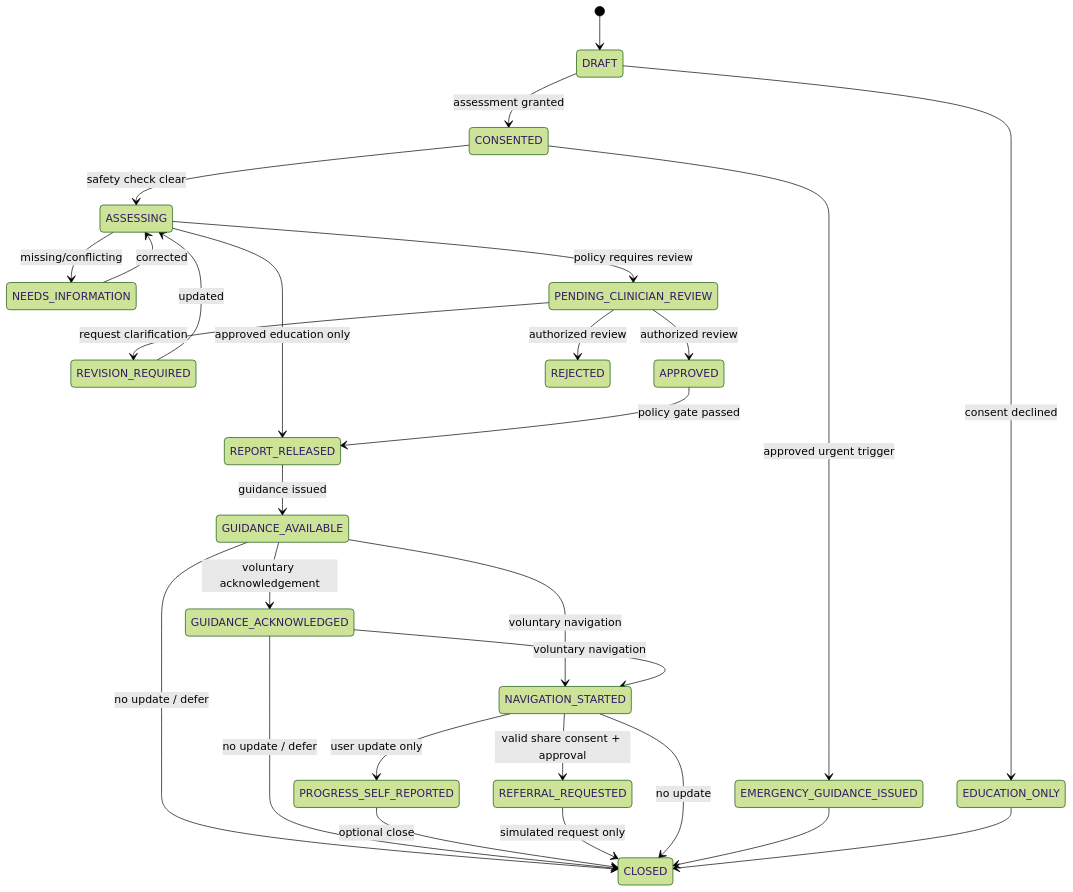
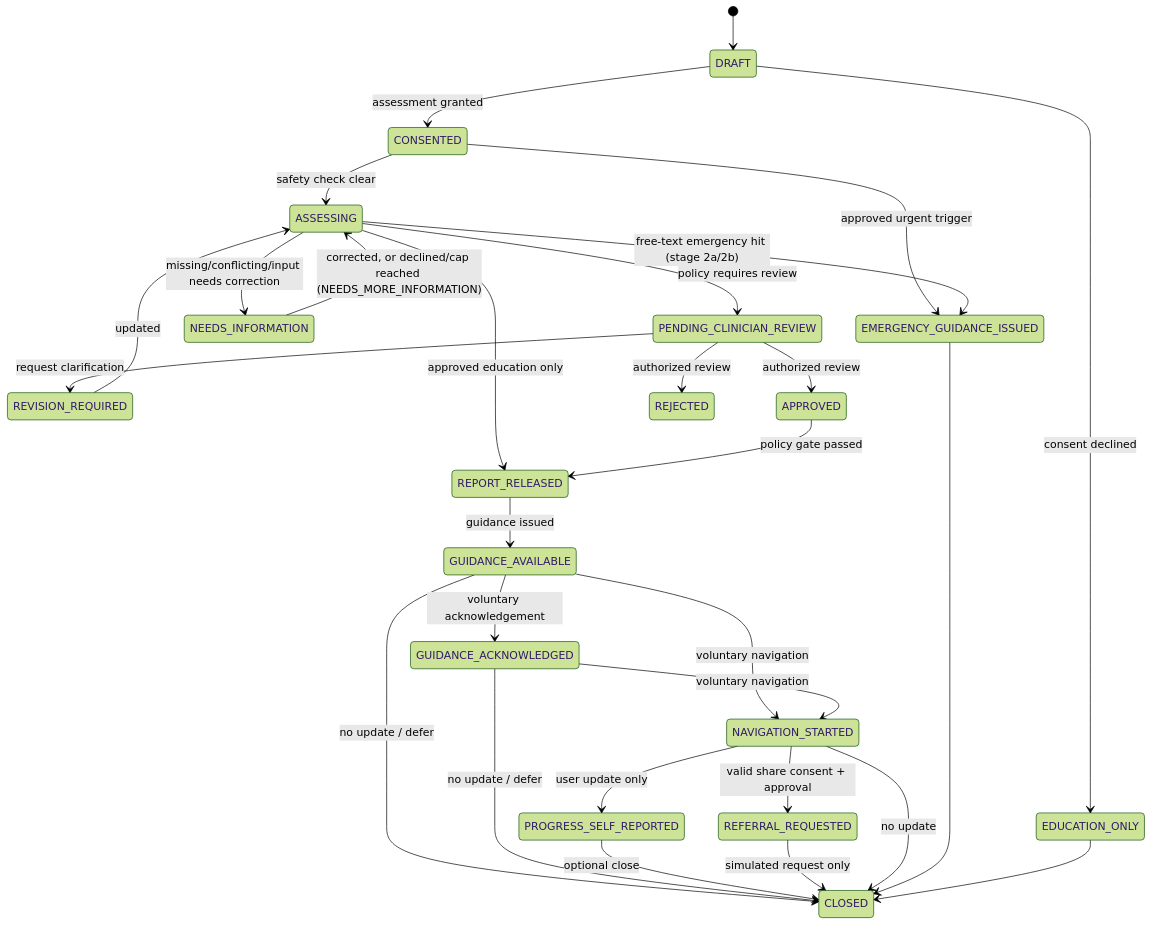
The second of 3 diagrams in specs/Sanad_AetherHealth_PRD_v0.4.md (aetherhealth-sanad/sanad-front-door), drawn with Mermaid (forest theme) before and after one commit. The commit also changed other lines of this file and 1 other file, not shown here.

````diff
--- a/specs/Sanad_AetherHealth_PRD_v0.4.md
+++ b/specs/Sanad_AetherHealth_PRD_v0.4.md
@@ -410,30 +410,31 @@
 ```mermaid
 stateDiagram-v2
     [*] --> DRAFT
     DRAFT --> CONSENTED: assessment granted
     DRAFT --> EDUCATION_ONLY: consent declined
     CONSENTED --> ASSESSING: safety check clear
     CONSENTED --> EMERGENCY_GUIDANCE_ISSUED: approved urgent trigger
-    ASSESSING --> NEEDS_INFORMATION: missing/conflicting
-    NEEDS_INFORMATION --> ASSESSING: corrected
+    ASSESSING --> NEEDS_INFORMATION: missing/conflicting/input needs correction
+    ASSESSING --> EMERGENCY_GUIDANCE_ISSUED: free-text emergency hit (stage 2a/2b)
+    NEEDS_INFORMATION --> ASSESSING: corrected, or declined/cap reached (NEEDS_MORE_INFORMATION)
     ASSESSING --> PENDING_CLINICIAN_REVIEW: policy requires review
     ASSESSING --> REPORT_RELEASED: approved education only
     PENDING_CLINICIAN_REVIEW --> REVISION_REQUIRED: request clarification
     REVISION_REQUIRED --> ASSESSING: updated
     PENDING_CLINICIAN_REVIEW --> APPROVED: authorized review
     PENDING_CLINICIAN_REVIEW --> REJECTED: authorized review
     APPROVED --> REPORT_RELEASED: policy gate passed
     REPORT_RELEASED --> GUIDANCE_AVAILABLE: guidance issued
     GUIDANCE_AVAILABLE --> GUIDANCE_ACKNOWLEDGED: voluntary acknowledgement
     GUIDANCE_AVAILABLE --> NAVIGATION_STARTED: voluntary navigation
     GUIDANCE_ACKNOWLEDGED --> NAVIGATION_STARTED: voluntary navigation
     GUIDANCE_AVAILABLE --> CLOSED: no update / defer
     GUIDANCE_ACKNOWLEDGED --> CLOSED: no update / defer
     NAVIGATION_STARTED --> PROGRESS_SELF_REPORTED: user update only
     NAVIGATION_STARTED --> REFERRAL_REQUESTED: valid share consent + approval
     PROGRESS_SELF_REPORTED --> CLOSED: optional close
     REFERRAL_REQUESTED --> CLOSED: simulated request only
     NAVIGATION_STARTED --> CLOSED: no update
     EMERGENCY_GUIDANCE_ISSUED --> CLOSED
     EDUCATION_ONLY --> CLOSED
 ```
````
